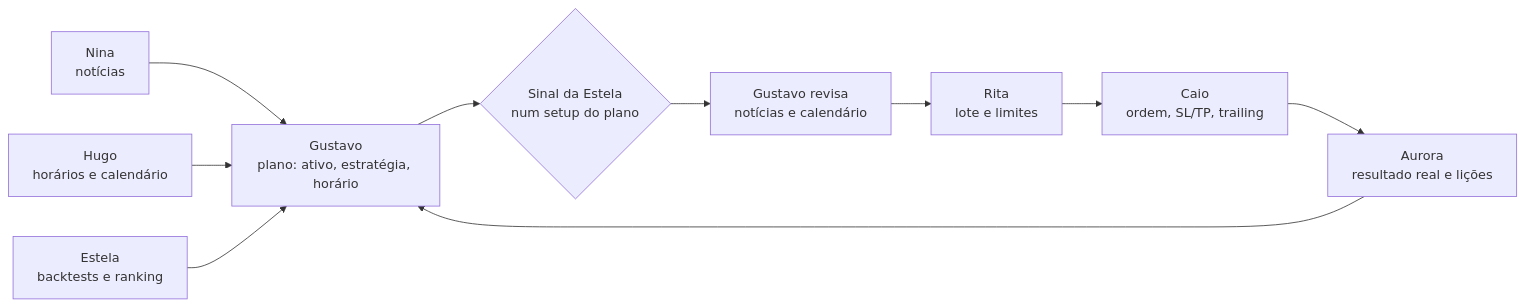
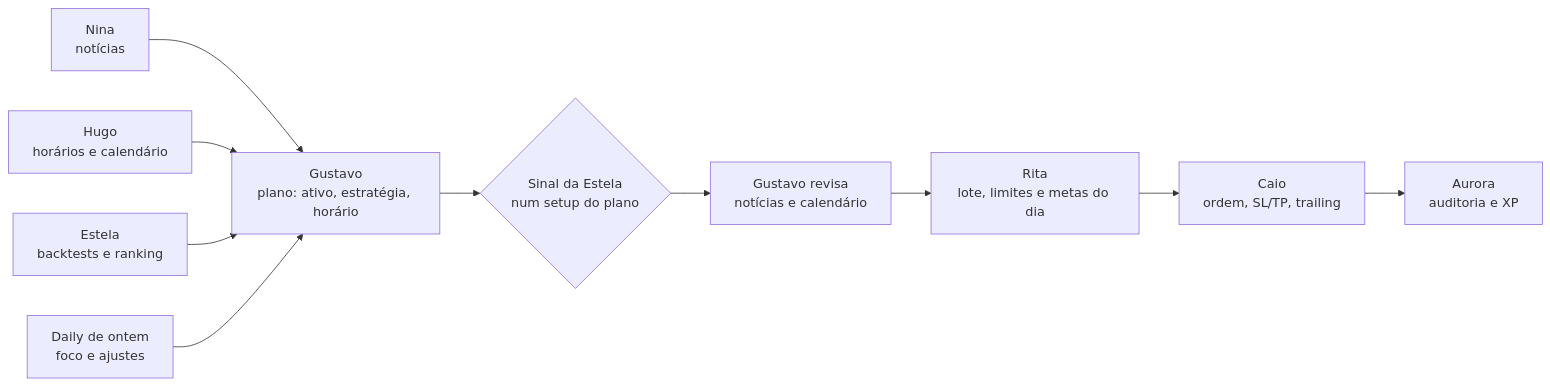
One commit to dhqdev/meta-bot changed the diagram in README.md. Above: the diagram before and after it, drawn with Mermaid. The commit also changed other lines of this file and 80 other files, not shown here.

````diff
--- a/README.md
+++ b/README.md
@@ -62,12 +63,12 @@
 ```mermaid
 flowchart LR
     N[Nina<br/>notícias] --> G
     H[Hugo<br/>horários e calendário] --> G
     E[Estela<br/>backtests e ranking] --> G
-    A[Aurora<br/>resultado real e lições] --> G
+    D[Daily de ontem<br/>foco e ajustes] --> G
     G[Gustavo<br/>plano: ativo, estratégia, horário] --> S{Sinal da Estela<br/>num setup do plano}
     S --> G2[Gustavo revisa<br/>notícias e calendário]
-    G2 --> R[Rita<br/>lote e limites]
+    G2 --> R[Rita<br/>lote, limites e metas do dia]
     R --> C[Caio<br/>ordem, SL/TP, trailing]
-    C --> A
+    C --> A[Aurora<br/>auditoria e XP]
 ```
````
